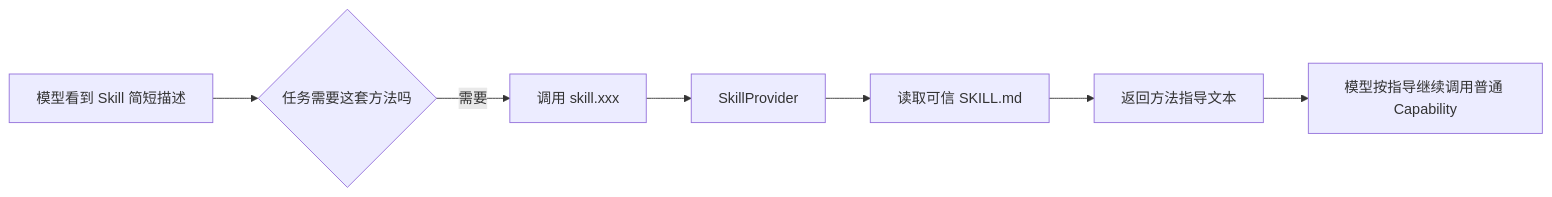
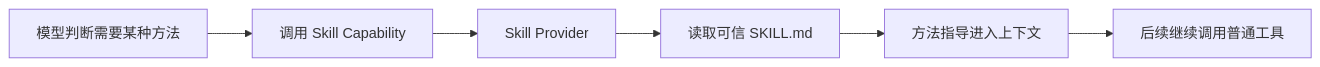
Before and after one commit to Arthur999459up/GitAgent: diagram 14 of 15 in docs/05-capability-and-tool-system.md, drawn with Mermaid. The commit also changed other lines of this file and 15 other files, not shown here.

````diff
--- a/docs/05-capability-and-tool-system.md
+++ b/docs/05-capability-and-tool-system.md
@@ -756,9 +386,8 @@
 ```mermaid
 flowchart LR
-    M[模型看到 Skill 简短描述] --> C{任务需要这套方法吗}
-    C -->|需要| S[调用 skill.xxx]
-    S --> P[SkillProvider]
+    M[模型判断需要某种方法] --> S[调用 Skill Capability]
+    S --> P[Skill Provider]
     P --> F[读取可信 SKILL.md]
-    F --> G[返回方法指导文本]
-    G --> M2[模型按指导继续调用普通 Capability]
+    F --> G[方法指导进入上下文]
+    G --> N[后续继续调用普通工具]
 ```
````
